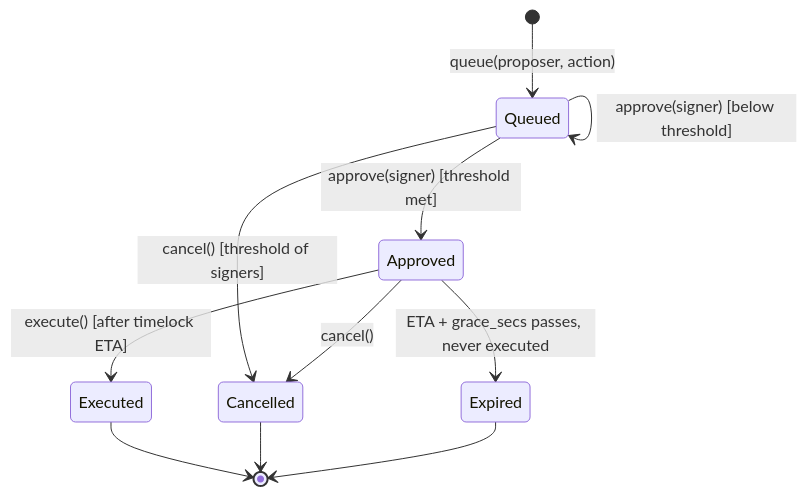
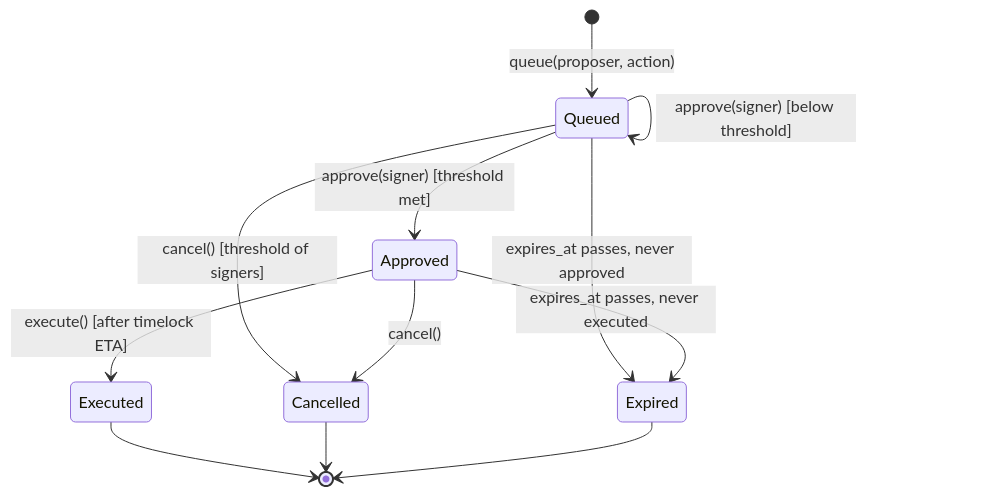
Diagram 12 of 14 in technical-doc.md (Sylox-labs/sylox), drawn with Mermaid before and after one commit. The commit also changed other lines of this file, not shown here.

````diff
--- a/technical-doc.md
+++ b/technical-doc.md
@@ -1236,13 +1790,14 @@
 ```mermaid
 stateDiagram-v2
   [*] --> Queued: queue(proposer, action)
   Queued --> Queued: approve(signer) [below threshold]
   Queued --> Approved: approve(signer) [threshold met]
   Approved --> Executed: execute() [after timelock ETA]
   Queued --> Cancelled: cancel() [threshold of signers]
   Approved --> Cancelled: cancel()
-  Approved --> Expired: ETA + grace_secs passes, never executed
+  Queued --> Expired: expires_at passes, never approved
+  Approved --> Expired: expires_at passes, never executed
   Executed --> [*]
   Cancelled --> [*]
   Expired --> [*]
 ```
````
